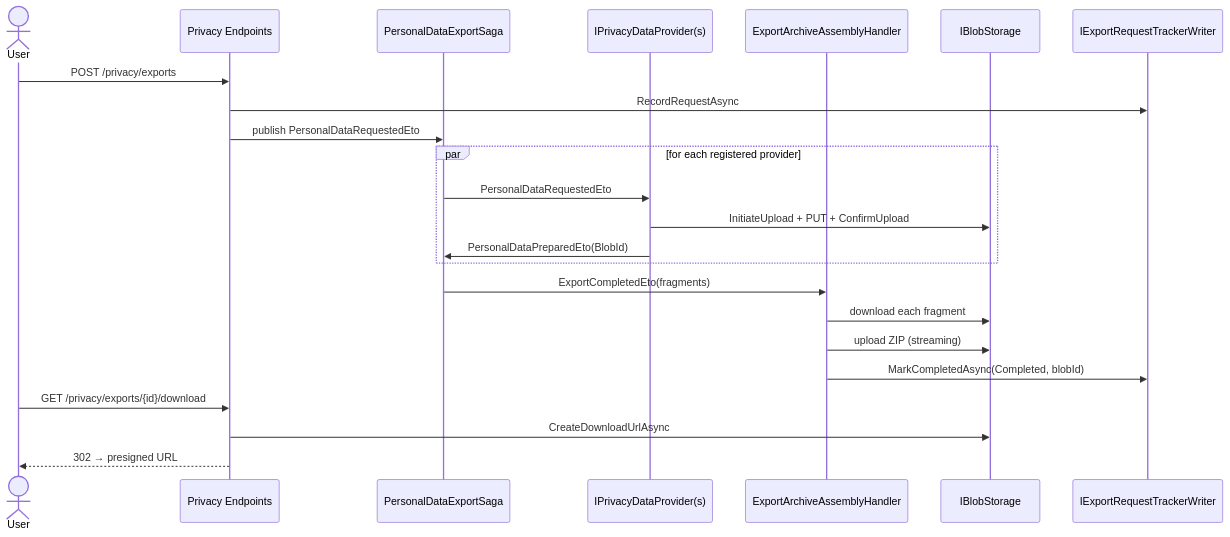
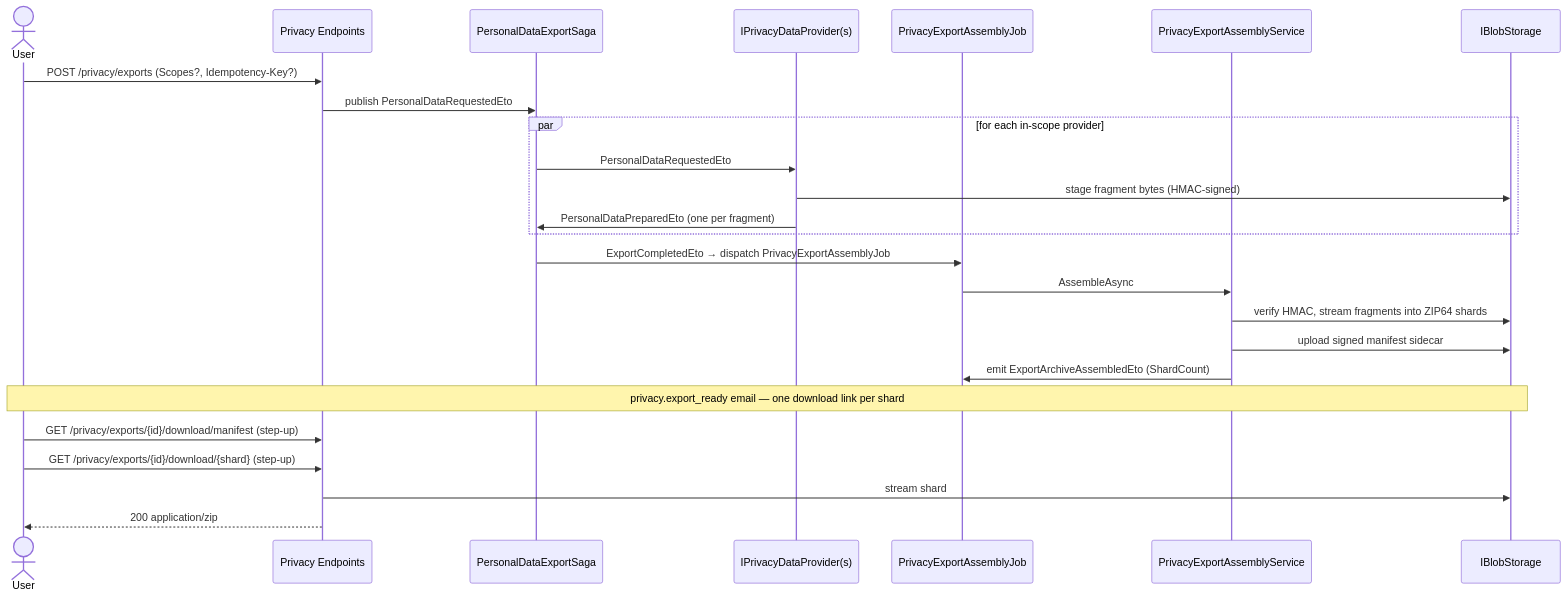
The first of 2 diagrams in src/content/docs/dotnet/compliance/privacy/data-export.mdx (granit-fx/granit-docs), drawn with Mermaid before and after one commit. The commit also changed other lines of this file and 11 other files, not shown here.

First line of the commit message:
docs(privacy): sync Granit.Privacy.* docs with P6 export rewrite

````diff
--- a/src/content/docs/dotnet/compliance/privacy/data-export.mdx
+++ b/src/content/docs/dotnet/compliance/privacy/data-export.mdx
@@ -19,26 +25,28 @@
 ```mermaid
 sequenceDiagram
     actor User
     participant API as Privacy Endpoints
     participant Saga as PersonalDataExportSaga
     participant Providers as IPrivacyDataProvider(s)
-    participant Assembler as ExportArchiveAssemblyHandler
+    participant Job as PrivacyExportAssemblyJob
+    participant Asm as PrivacyExportAssemblyService
     participant Blob as IBlobStorage
-    participant Tracker as IExportRequestTrackerWriter
 
-    User->>API: POST /privacy/exports
-    API->>Tracker: RecordRequestAsync
+    User->>API: POST /privacy/exports (Scopes?, Idempotency-Key?)
     API->>Saga: publish PersonalDataRequestedEto
-    par for each registered provider
+    par for each in-scope provider
         Saga->>Providers: PersonalDataRequestedEto
-        Providers->>Blob: InitiateUpload + PUT + ConfirmUpload
-        Providers->>Saga: PersonalDataPreparedEto(BlobId)
+        Providers->>Blob: stage fragment bytes (HMAC-signed)
+        Providers->>Saga: PersonalDataPreparedEto (one per fragment)
     end
-    Saga->>Assembler: ExportCompletedEto(fragments)
-    Assembler->>Blob: download each fragment
-    Assembler->>Blob: upload ZIP (streaming)
-    Assembler->>Tracker: MarkCompletedAsync(Completed, blobId)
-    User->>API: GET /privacy/exports/{id}/download
-    API->>Blob: CreateDownloadUrlAsync
-    API-->>User: 302 → presigned URL
+    Saga->>Job: ExportCompletedEto → dispatch PrivacyExportAssemblyJob
+    Job->>Asm: AssembleAsync
+    Asm->>Blob: verify HMAC, stream fragments into ZIP64 shards
+    Asm->>Blob: upload signed manifest sidecar
+    Asm->>Job: emit ExportArchiveAssembledEto (ShardCount)
+    Note over User,Blob: privacy.export_ready email — one download link per shard
+    User->>API: GET /privacy/exports/{id}/download/manifest (step-up)
+    User->>API: GET /privacy/exports/{id}/download/{shard} (step-up)
+    API->>Blob: stream shard
+    API-->>User: 200 application/zip
 ```
````
